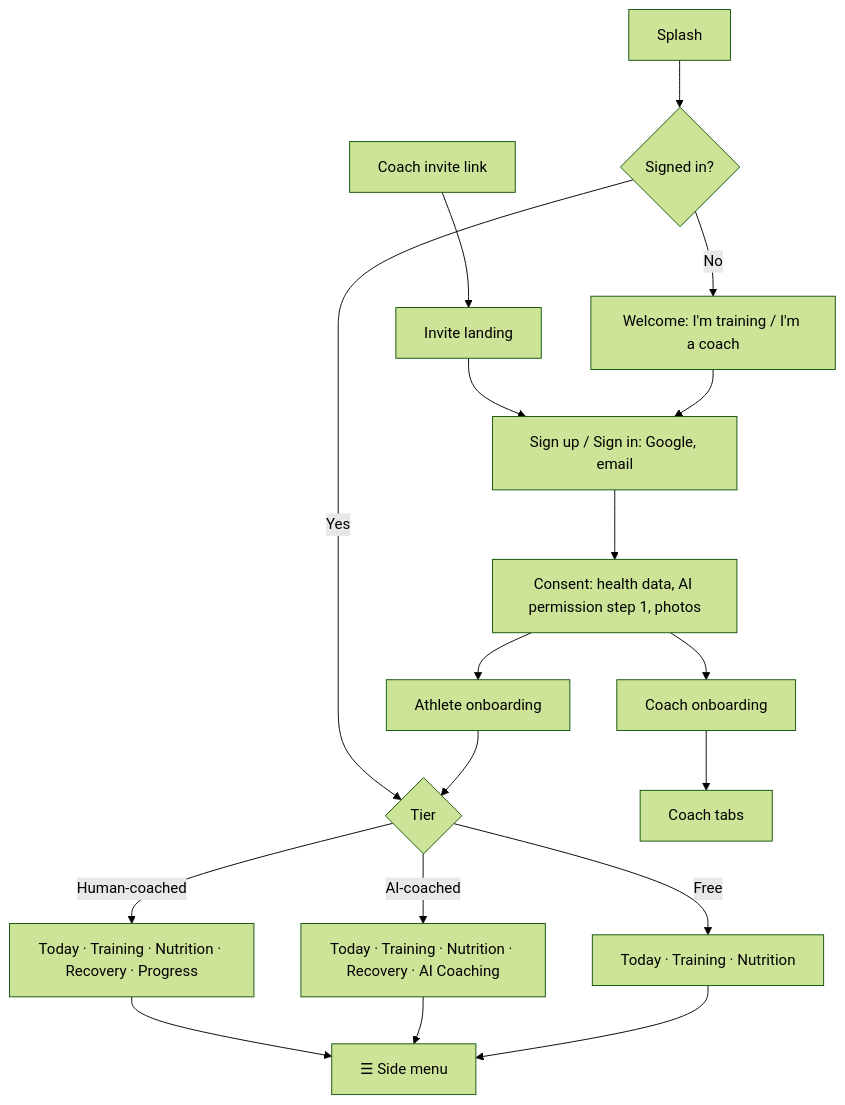
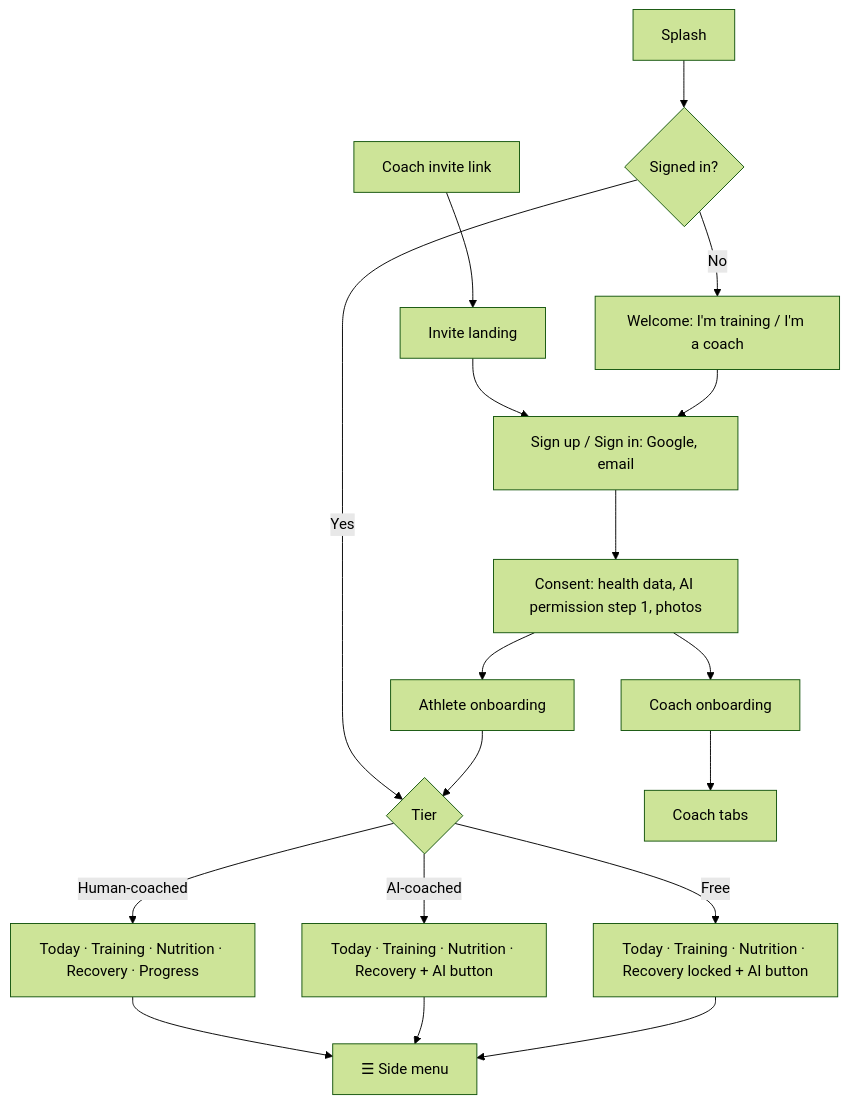
One commit to kirankushal2210/ArcWell changed the diagram in docs/design/sitemap.md. Above: the diagram before and after it, drawn with Mermaid (forest theme). The commit also changed other lines of this file and 79 other files, not shown here.

````diff
--- a/docs/design/sitemap.md
+++ b/docs/design/sitemap.md
@@ -9,13 +9,13 @@
 ```mermaid
 flowchart TD
   Launch[Splash] --> Auth{Signed in?}
   Auth -- No --> Welcome[Welcome: I'm training / I'm a coach] --> SignUp[Sign up / Sign in: Google, email] --> Consent[Consent: health data, AI permission step 1, photos]
   Invite[Coach invite link] --> InviteLanding[Invite landing] --> SignUp
   Consent --> AOnb[Athlete onboarding] --> Tier{Tier}
   Consent --> COnb[Coach onboarding] --> CShell[Coach tabs]
   Auth -- Yes --> Tier
-  Tier -- Free --> FBar[Today · Training · Nutrition]
-  Tier -- AI-coached --> ABar[Today · Training · Nutrition · Recovery · AI Coaching]
+  Tier -- Free --> FBar[Today · Training · Nutrition · Recovery locked + AI button]
+  Tier -- AI-coached --> ABar[Today · Training · Nutrition · Recovery + AI button]
   Tier -- Human-coached --> HBar[Today · Training · Nutrition · Recovery · Progress]
   FBar & ABar & HBar --> Menu[☰ Side menu]
 ```
````
